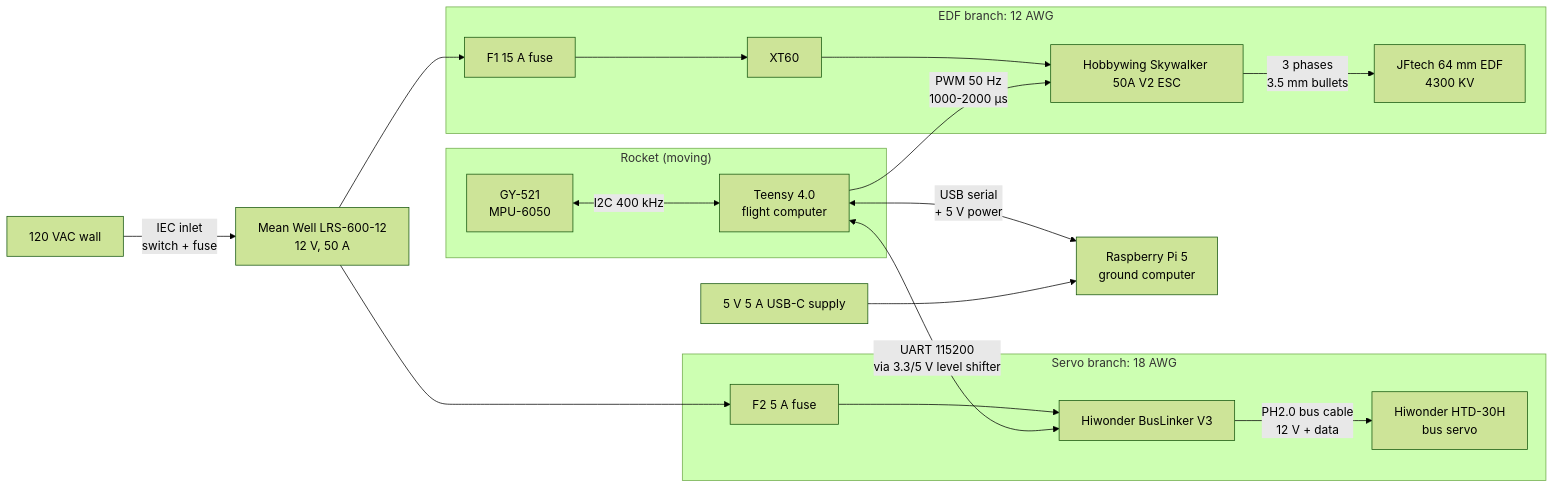
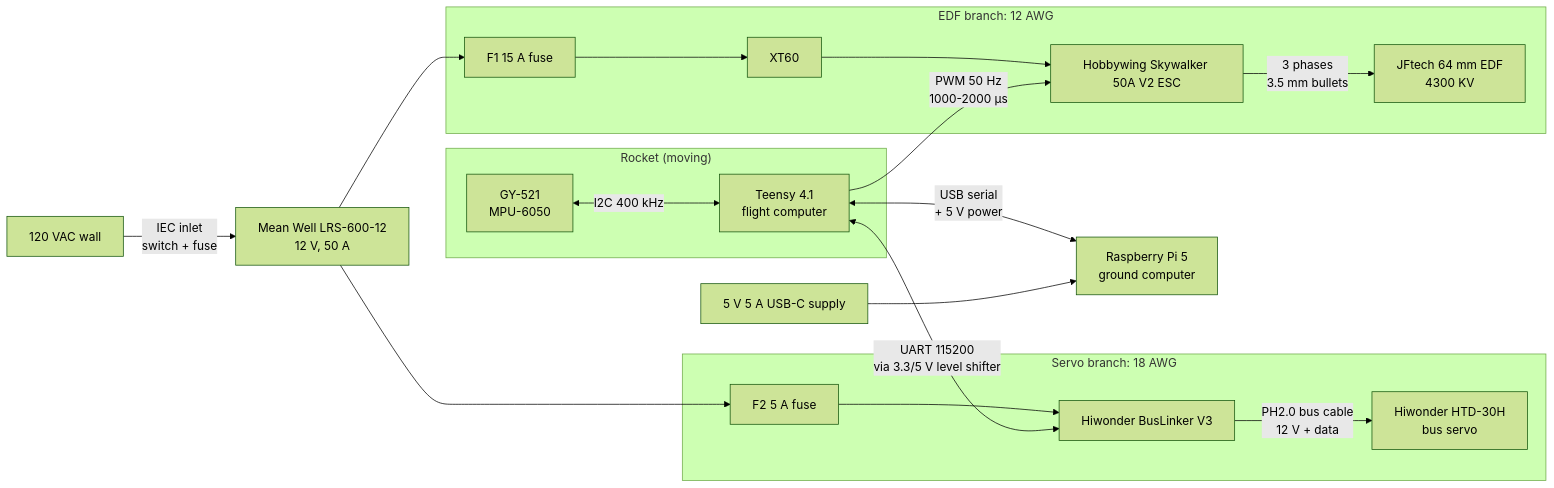
Before and after one commit to nsappling/ThrustVectorControl: the diagram in docs/system_overview.md, drawn with Mermaid (forest theme). The commit also changed other lines of this file and 17 other files, not shown here.

First line of the commit message:
Switch flight computer target from Teensy 4.0 to Teensy 4.1 (docs + labels)

````diff
--- a/docs/system_overview.md
+++ b/docs/system_overview.md
@@ -7,28 +7,28 @@
 ```mermaid
 flowchart LR
     AC["120 VAC wall"] -->|"IEC inlet<br/>switch + fuse"| PSU["Mean Well LRS-600-12<br/>12 V, 50 A"]
 
     subgraph EDF_BRANCH["EDF branch: 12 AWG"]
         F1["F1 15 A fuse"] --> XT60["XT60"] --> ESC["Hobbywing Skywalker 50A V2 ESC"]
         ESC -->|"3 phases<br/>3.5 mm bullets"| EDF["JFtech 64 mm EDF<br/>4300 KV"]
     end
 
     subgraph SERVO_BRANCH["Servo branch: 18 AWG"]
         F2["F2 5 A fuse"] --> BL["Hiwonder BusLinker V3"]
         BL -->|"PH2.0 bus cable<br/>12 V + data"| SERVO["Hiwonder HTD-30H<br/>bus servo"]
     end
 
     PSU --> F1
     PSU --> F2
 
     subgraph ROCKET["Rocket (moving)"]
         IMU["GY-521<br/>MPU-6050"]
-        TEENSY["Teensy 4.0<br/>flight computer"]
+        TEENSY["Teensy 4.1<br/>flight computer"]
     end
 
     IMU <-->|"I2C 400 kHz"| TEENSY
     TEENSY -->|"PWM 50 Hz<br/>1000-2000 µs"| ESC
     TEENSY <-->|"UART 115200<br/>via 3.3/5 V level shifter"| BL
     TEENSY <-->|"USB serial<br/>+ 5 V power"| PI["Raspberry Pi 5<br/>ground computer"]
     WALL5["5 V 5 A USB-C supply"] --> PI
 ```
````
